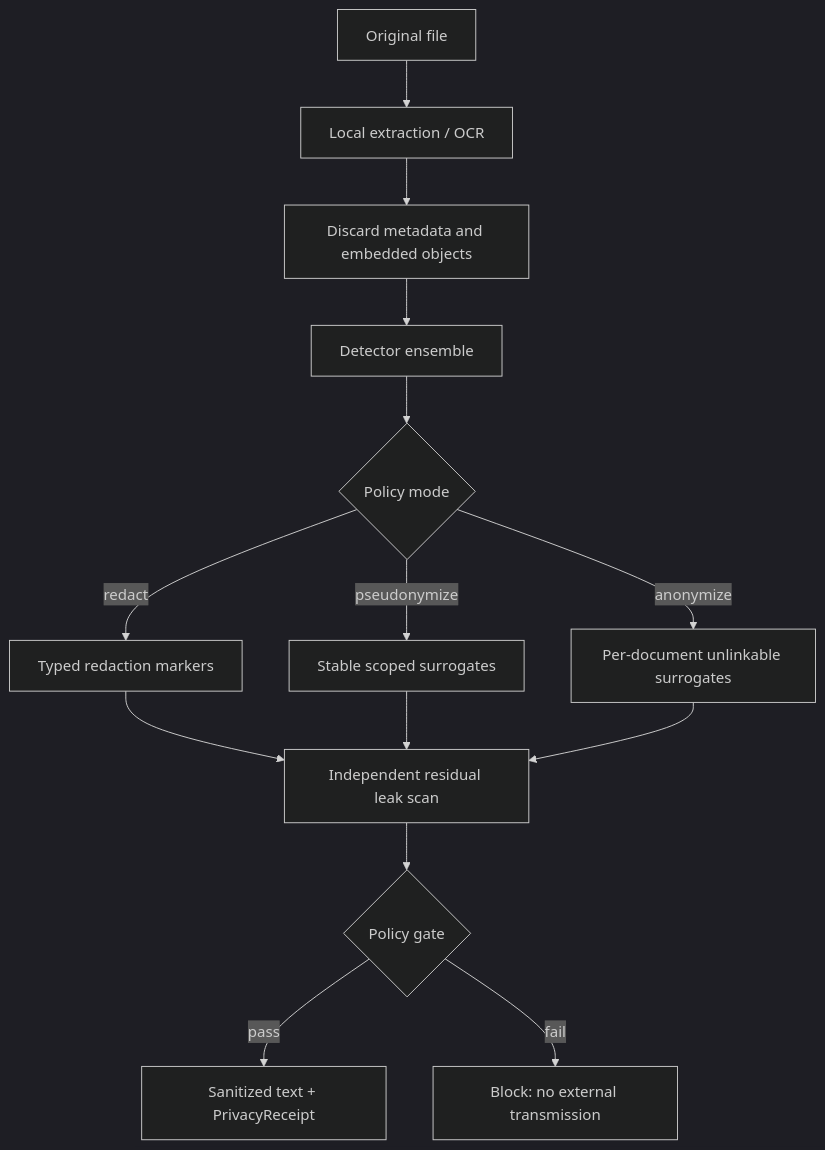
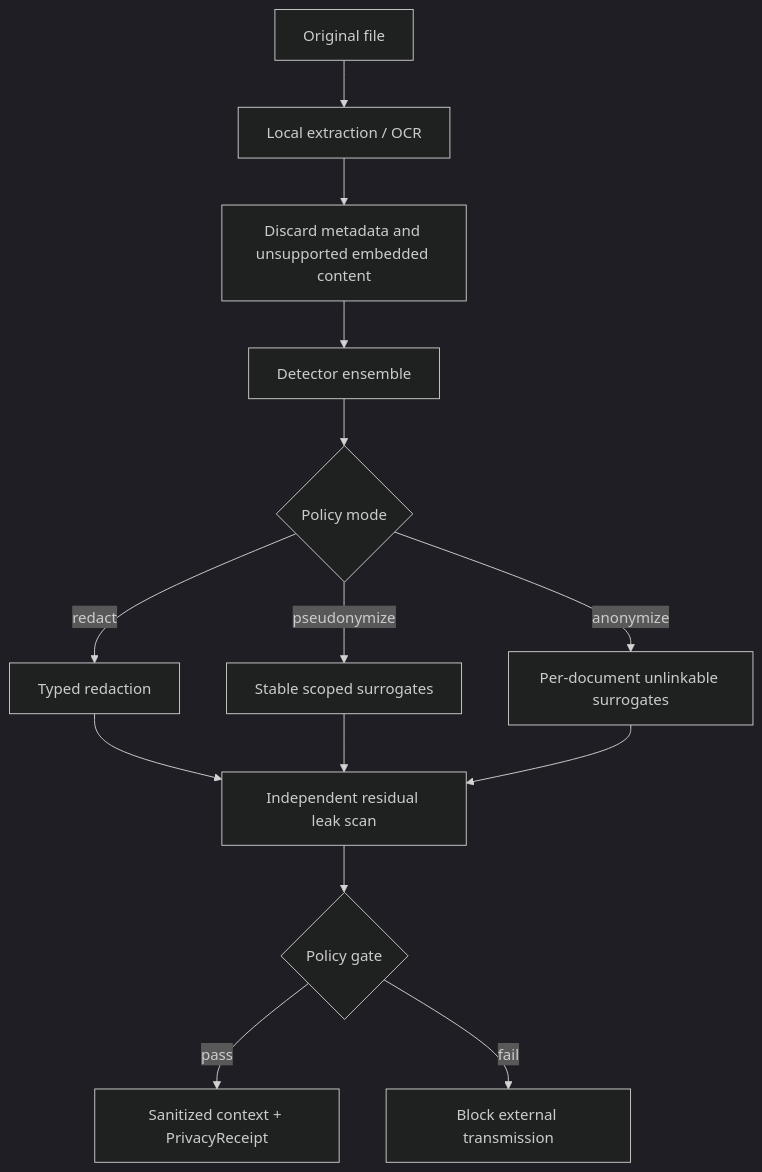
Before and after one commit to MrQwenty/fast-context-protocol: the second of 2 diagrams in README.md, drawn with Mermaid (dark theme). The commit also changed other lines of this file, not shown here.

Commit message:
docs: rename project to Context Governance Protocol

````diff
--- a/README.md
+++ b/README.md
@@ -290,16 +101,16 @@
 ```mermaid
 flowchart TD
     F[Original file] --> X[Local extraction / OCR]
-    X --> M[Discard metadata and embedded objects]
+    X --> M[Discard metadata and unsupported embedded content]
     M --> D[Detector ensemble]
     D --> T{Policy mode}
-    T -->|redact| R[Typed redaction markers]
+    T -->|redact| R[Typed redaction]
     T -->|pseudonymize| P[Stable scoped surrogates]
     T -->|anonymize| A[Per-document unlinkable surrogates]
     R --> S[Independent residual leak scan]
     P --> S
     A --> S
     S --> G{Policy gate}
-    G -->|pass| O[Sanitized text + PrivacyReceipt]
-    G -->|fail| B[Block: no external transmission]
+    G -->|pass| O[Sanitized context + PrivacyReceipt]
+    G -->|fail| B[Block external transmission]
 ```
````
